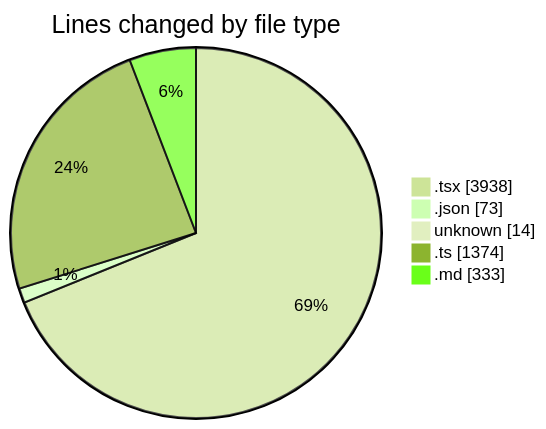
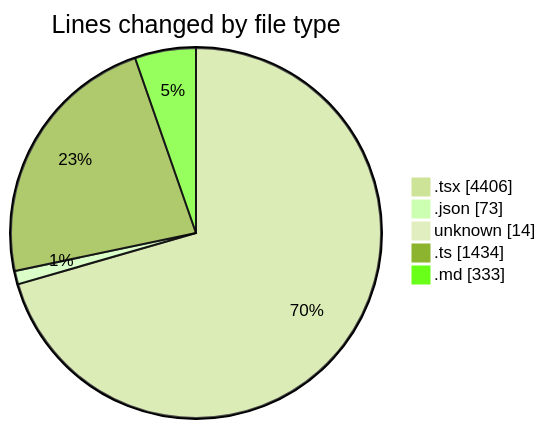
Before and after one commit to ernivani/code-tracking: the first of 2 diagrams in 2025-01-03/tinycms/README.md, drawn with Mermaid (forest theme). The commit also changed other lines of this file and 2 other files, not shown here.

````diff
--- a/2025-01-03/tinycms/README.md
+++ b/2025-01-03/tinycms/README.md
@@ -43,9 +45,9 @@
 ```mermaid
 pie showData
 title Lines changed by file type
-".tsx" : 3938
+".tsx" : 4406
 ".json" : 73
 "unknown" : 14
-".ts" : 1374
+".ts" : 1434
 ".md" : 333
 ```
````
